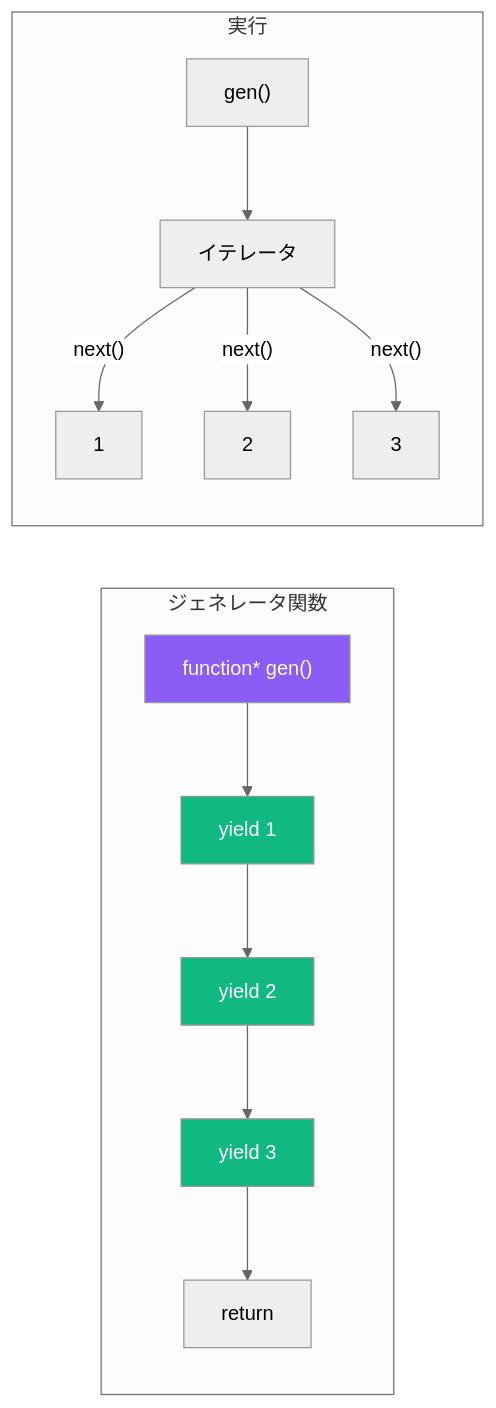
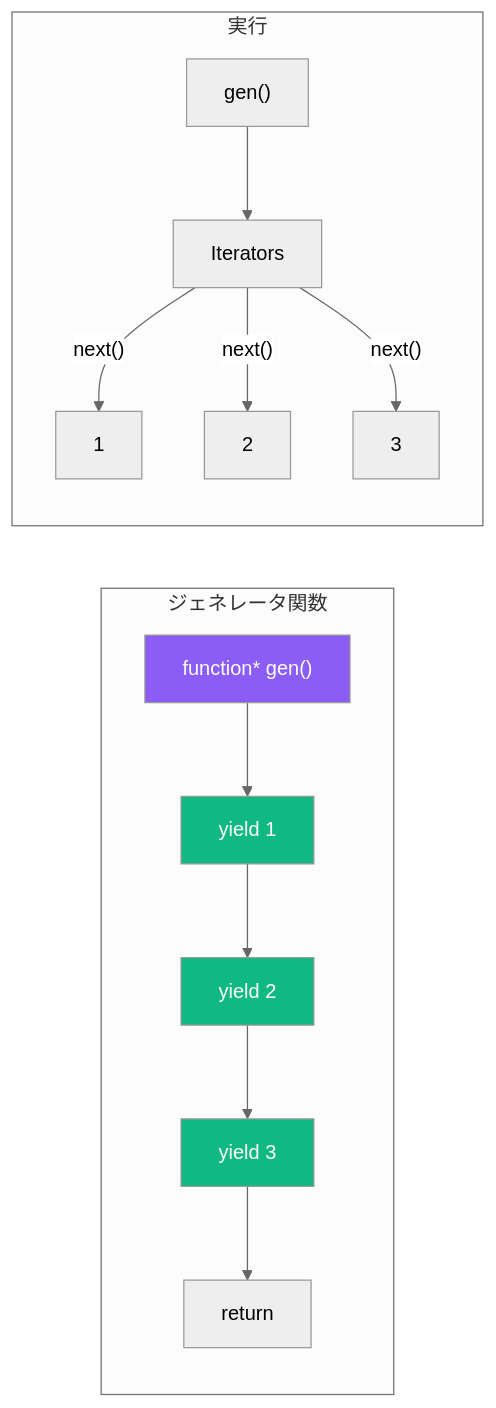
The second of 3 diagrams in content/blog/ja/javascript-iterators-generators.md (shunkus/shunku.net), drawn with Mermaid (neutral theme) before and after one commit. The commit also changed 56 other files, not shown here.

````diff
--- a/content/blog/ja/javascript-iterators-generators.md
+++ b/content/blog/ja/javascript-iterators-generators.md
@@ -152,21 +152,21 @@
 ```mermaid
 flowchart LR
     subgraph ジェネレータ関数
         A["function* gen()"] --> B["yield 1"]
         B --> C["yield 2"]
         C --> D["yield 3"]
         D --> E["return"]
     end
 
     subgraph 実行
-        F["gen()"] --> G["イテレータ"]
+        F["gen()"] --> G["Iterators"]
         G -->|"next()"| H["1"]
         G -->|"next()"| I["2"]
         G -->|"next()"| J["3"]
     end
 
     style A fill:#8b5cf6,color:#fff
     style B fill:#10b981,color:#fff
     style C fill:#10b981,color:#fff
     style D fill:#10b981,color:#fff
 ```
````
